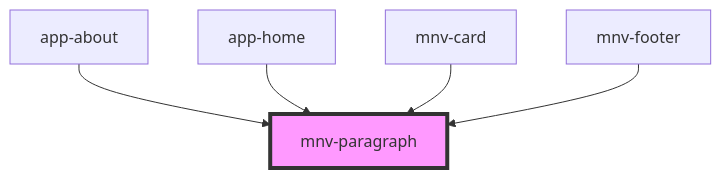
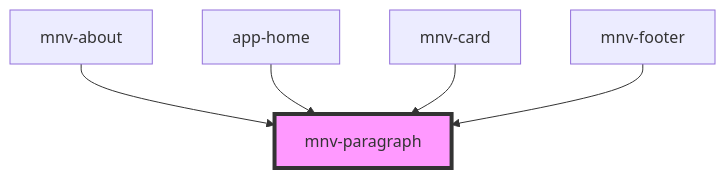
The diagram in src/components/typography/mnv-paragraph/readme.md (rafaela-vairo/ufrj-sustainable), drawn with Mermaid before and after one commit. The commit also changed other lines of this file and 47 other files, not shown here.

````diff
--- a/src/components/typography/mnv-paragraph/readme.md
+++ b/src/components/typography/mnv-paragraph/readme.md
@@ -26,8 +26,8 @@
 ```mermaid
 graph TD;
-  app-about --> mnv-paragraph
+  mnv-about --> mnv-paragraph
   app-home --> mnv-paragraph
   mnv-card --> mnv-paragraph
   mnv-footer --> mnv-paragraph
   style mnv-paragraph fill:#f9f,stroke:#333,stroke-width:4px
 ```
````
